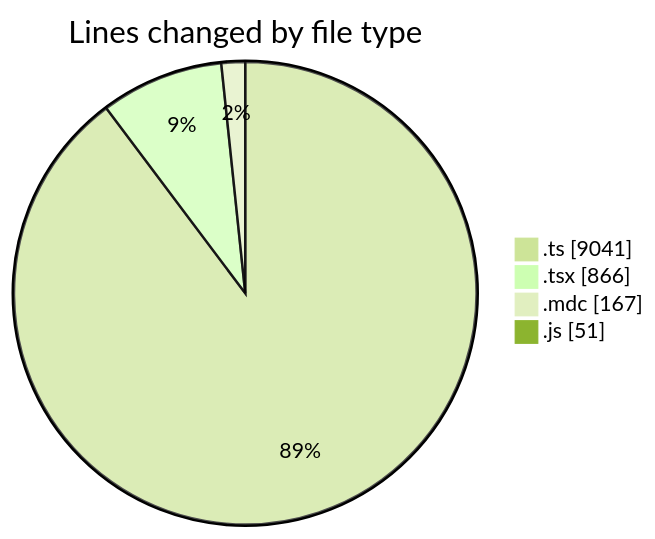
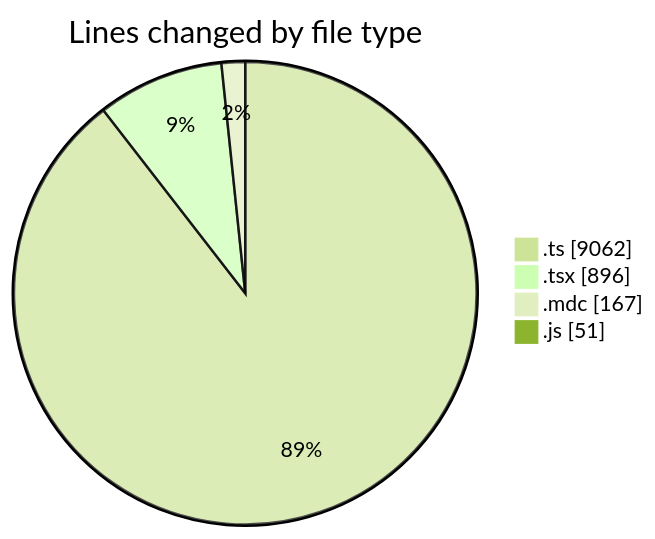
One commit to CELIANVF/code-tracking changed the first of 2 diagrams in 2025-06-06/ecodeli-1/README.md. Above: the diagram before and after it, drawn with Mermaid (forest theme). The commit also changed other lines of this file and 1 other file, not shown here.

````diff
--- a/2025-06-06/ecodeli-1/README.md
+++ b/2025-06-06/ecodeli-1/README.md
@@ -46,8 +46,8 @@
 ```mermaid
 pie showData
 title Lines changed by file type
-".ts" : 9041
-".tsx" : 866
+".ts" : 9062
+".tsx" : 896
 ".mdc" : 167
 ".js" : 51
 ```
````
